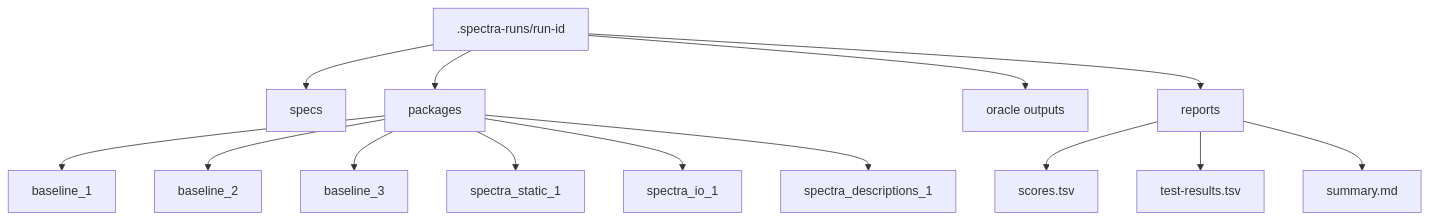
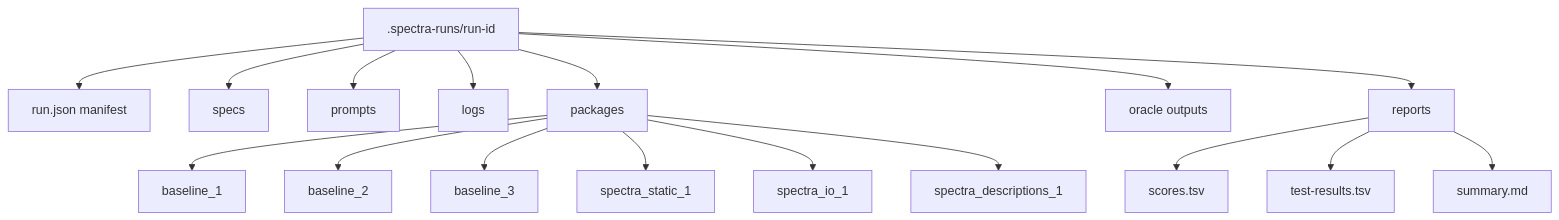
Before and after one commit to talDoFlemis/evolucao-de-software: the third of 3 diagrams in README.md, drawn with Mermaid. The commit also changed other lines of this file and 1 other file, not shown here.

````diff
--- a/README.md
+++ b/README.md
@@ -57,17 +218,20 @@
 ```mermaid
 flowchart TB
     R[.spectra-runs/run-id]
+    R --> M[run.json manifest]
     R --> S[specs]
+    R --> PR[prompts]
+    R --> L[logs]
     R --> P[packages]
     R --> O[oracle outputs]
     R --> REP[reports]
     P --> B1[baseline_1]
     P --> B2[baseline_2]
     P --> B3[baseline_3]
     P --> ST[spectra_static_1]
     P --> IO[spectra_io_1]
     P --> DS[spectra_descriptions_1]
     REP --> Scores[scores.tsv]
     REP --> Tests[test-results.tsv]
     REP --> Summary[summary.md]
 ```
````
